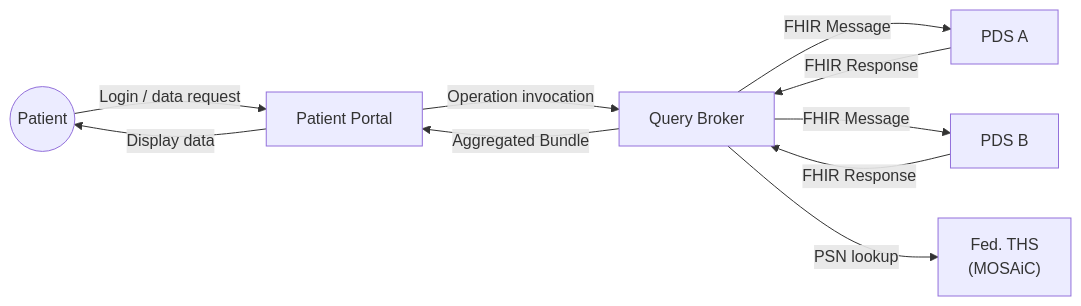
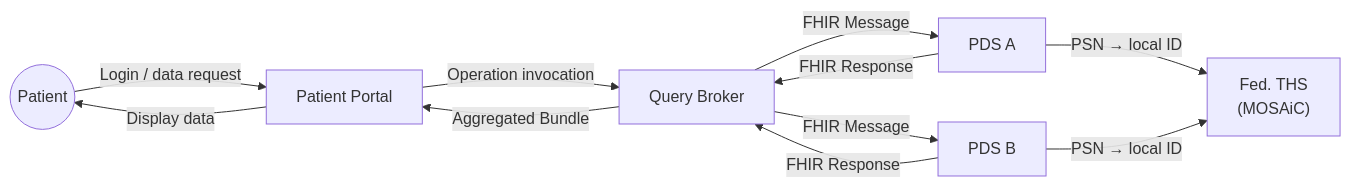
Before and after one commit to forschungsgruppe-digital-health/pds-query-broker: the first of 2 diagrams in docs/arc42/03_context_and_scope.md, drawn with Mermaid. The commit also changed other lines of this file and 11 other files, not shown here.

First line of the commit message:
docs(arc42): reconcile architecture docs with the current implementation (#47)

````diff
--- a/docs/arc42/03_context_and_scope.md
+++ b/docs/arc42/03_context_and_scope.md
@@ -9,19 +9,20 @@
 ```mermaid
 graph LR
     PAT(("Patient"))
     PORTAL["Patient Portal"]
     BROKER["Query Broker"]
     PDS_A["PDS A"]
     PDS_B["PDS B"]
     THS["Fed. THS<br/>(MOSAiC)"]
 
     PAT -->|"Login / data request"| PORTAL
     PORTAL -->|"Operation invocation"| BROKER
     BROKER -->|"FHIR Message"| PDS_A
     BROKER -->|"FHIR Message"| PDS_B
-    BROKER -->|"PSN lookup"| THS
+    PDS_A -->|"PSN → local ID"| THS
+    PDS_B -->|"PSN → local ID"| THS
     PDS_A -->|"FHIR Response"| BROKER
     PDS_B -->|"FHIR Response"| BROKER
     BROKER -->|"Aggregated Bundle"| PORTAL
     PORTAL -->|"Display data"| PAT
 ```
````
